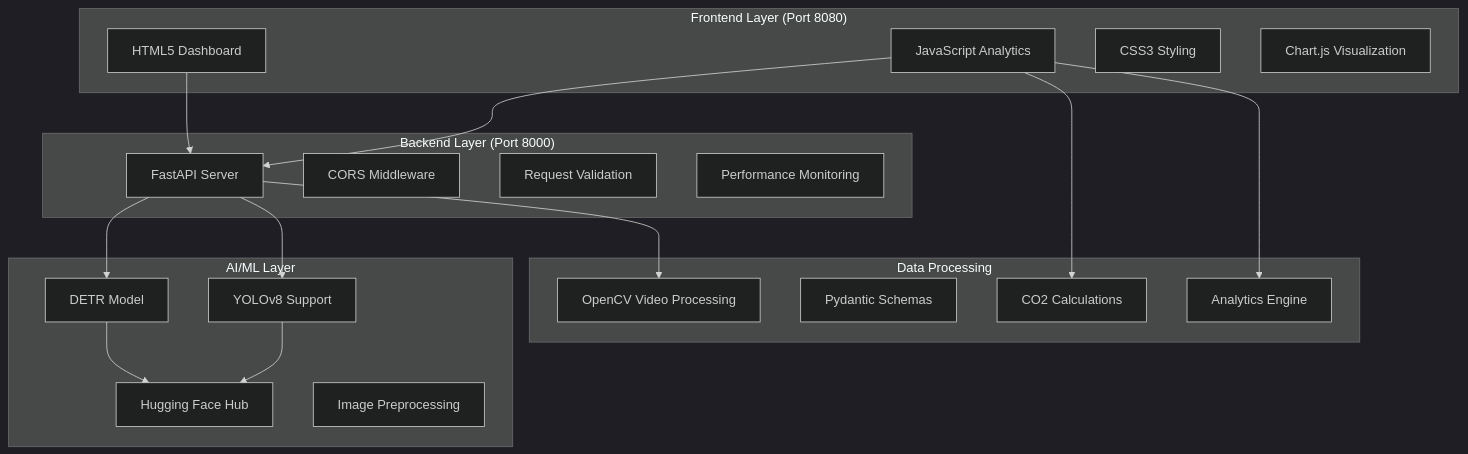
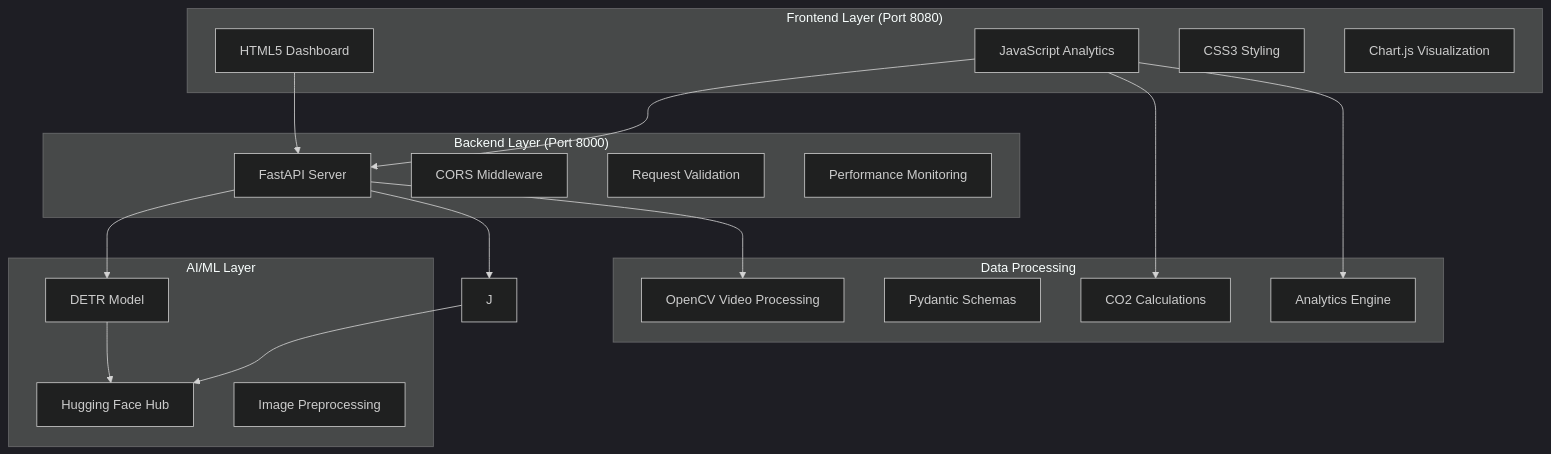
One commit to geekathon-yankees/ai-traffic-control changed the first of 3 diagrams in docs/ARCHITECTURE.md. Above: the diagram before and after it, drawn with Mermaid (dark theme). The commit also changed other lines of this file and 15 other files, not shown here.

````diff
--- a/docs/ARCHITECTURE.md
+++ b/docs/ARCHITECTURE.md
@@ -7,40 +7,39 @@
 ```mermaid
 graph TB
     subgraph "Frontend Layer (Port 8080)"
         A[HTML5 Dashboard]
         B[JavaScript Analytics]
         C[CSS3 Styling]
         D[Chart.js Visualization]
     end
     
     subgraph "Backend Layer (Port 8000)"
         E[FastAPI Server]
         F[CORS Middleware]
         G[Request Validation]
         H[Performance Monitoring]
     end
     
     subgraph "AI/ML Layer"
         I[DETR Model]
-        J[YOLOv8 Support]
         K[Hugging Face Hub]
         L[Image Preprocessing]
     end
     
     subgraph "Data Processing"
         M[OpenCV Video Processing]
         N[Pydantic Schemas]
         O[CO2 Calculations]
         P[Analytics Engine]
     end
     
     A --> E
     B --> E
     E --> I
     E --> J
     E --> M
     B --> O
     B --> P
     I --> K
     J --> K
 ```
````
